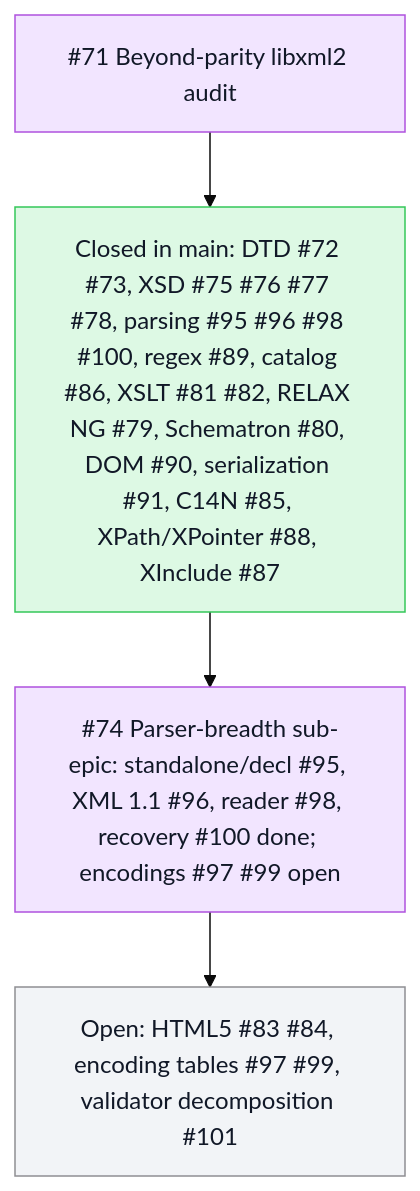
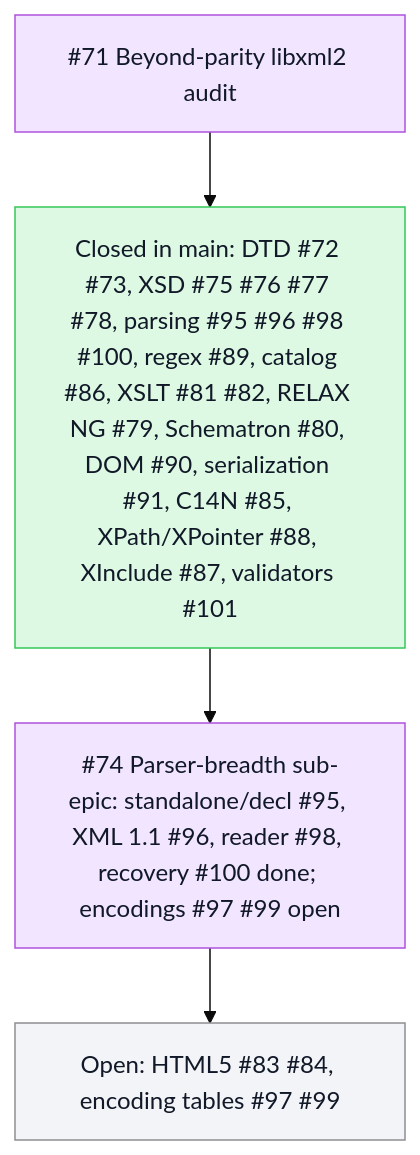
The second of 2 diagrams in README.md (mihaelamj/PureXML), drawn with Mermaid (base theme) before and after one commit. The commit also changed other lines of this file and 4 other files, not shown here.

````diff
--- a/README.md
+++ b/README.md
@@ -73,14 +73,14 @@
 ```mermaid
 flowchart TB
   classDef done fill:#ddf9e4,stroke:#34c759,color:#111827
   classDef review fill:#fff7d6,stroke:#ffcc00,color:#111827
   classDef epic fill:#f2e5ff,stroke:#af52de,color:#111827
   classDef todo fill:#f2f4f7,stroke:#8e8e93,color:#111827
   Epic71["#71 Beyond-parity libxml2 audit"]:::epic
-  AuditDone["Closed in main: DTD #72 #73, XSD #75 #76 #77 #78, parsing #95 #96 #98 #100, regex #89, catalog #86, XSLT #81 #82, RELAX NG #79, Schematron #80, DOM #90, serialization #91, C14N #85, XPath/XPointer #88, XInclude #87"]:::done
+  AuditDone["Closed in main: DTD #72 #73, XSD #75 #76 #77 #78, parsing #95 #96 #98 #100, regex #89, catalog #86, XSLT #81 #82, RELAX NG #79, Schematron #80, DOM #90, serialization #91, C14N #85, XPath/XPointer #88, XInclude #87, validators #101"]:::done
   Epic74["#74 Parser-breadth sub-epic: standalone/decl #95, XML 1.1 #96, reader #98, recovery #100 done; encodings #97 #99 open"]:::epic
-  Open["Open: HTML5 #83 #84, encoding tables #97 #99, validator decomposition #101"]:::todo
+  Open["Open: HTML5 #83 #84, encoding tables #97 #99"]:::todo
   Epic71 --> AuditDone
   AuditDone --> Epic74
   Epic74 --> Open
 ```
````
